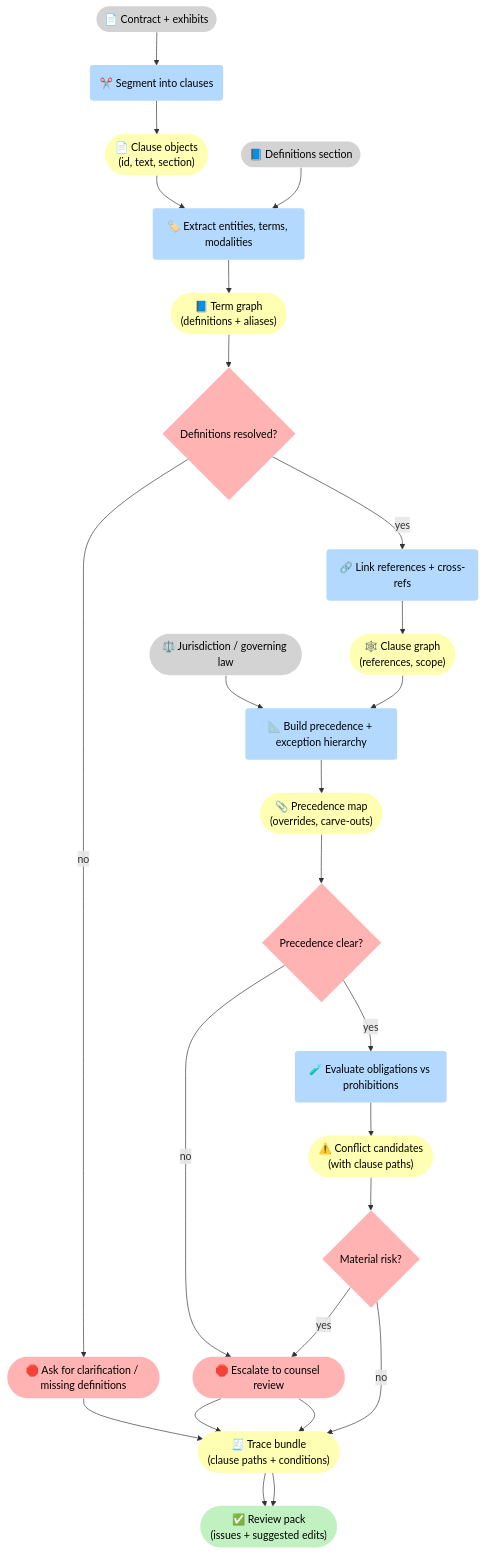
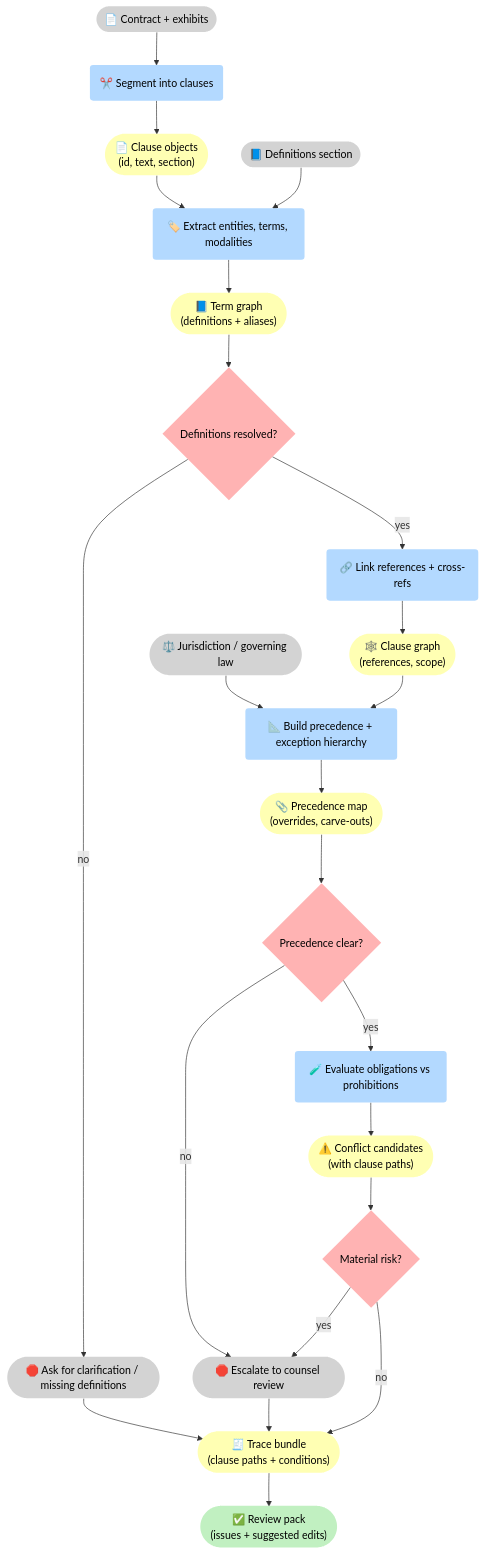
Before and after one commit to 5Reasons/5reasons.github.io: the first of 3 diagrams in docs/case-studies/legal.md, drawn with Mermaid. The commit also changed other lines of this file and 14 other files, not shown here.

First line of the commit message:
Refactor diagrams and improve clarity in blog posts and case studies

````diff
--- a/docs/case-studies/legal.md
+++ b/docs/case-studies/legal.md
@@ -58,49 +58,49 @@
 ```mermaid
 flowchart TB
 %% Styles (brModel Standard)
 classDef i fill:#D3D3D3,stroke-width:0px,color:#000;
 classDef p fill:#B3D9FF,stroke-width:0px,color:#000;
 classDef r fill:#FFFFB3,stroke-width:0px,color:#000;
 classDef o fill:#C1F0C1,stroke-width:0px,color:#000;
 classDef s fill:#FFB3B3,stroke-width:0px,color:#000;
 
 I_Doc(["📄 Contract + exhibits"]):::i
 I_Def(["📘 Definitions section"]):::i
 I_Jur(["⚖️ Jurisdiction / governing law"]):::i
 
 P_Seg("✂️ Segment into clauses"):::p
 R_Cla(["📄 Clause objects<br>(id, text, section)"]):::r
 
 P_Ent("🏷️ Extract entities, terms, modalities"):::p
 R_Terms(["📘 Term graph<br>(definitions + aliases)"]):::r
 G_Def{"Definitions resolved?"}:::s
-S_AskDef(["🛑 Ask for clarification / missing definitions"]):::s
+S_AskDef(["🛑 Ask for clarification / missing definitions"]):::i
 
 P_Link("🔗 Link references + cross-refs"):::p
 R_CG(["🕸️ Clause graph<br>(references, scope)"]):::r
 
 P_Prec("📐 Build precedence + exception hierarchy"):::p
 R_Prec(["📎 Precedence map<br>(overrides, carve-outs)"]):::r
 G_Prec{"Precedence clear?"}:::s
 
 P_Check("🧪 Evaluate obligations vs prohibitions"):::p
 R_Conf(["⚠️ Conflict candidates<br>(with clause paths)"]):::r
 G_Mat{"Material risk?"}:::s
 
 O_Out(["✅ Review pack<br>(issues + suggested edits)"]):::o
-S_Esc(["🛑 Escalate to counsel review"]):::s
+S_Esc(["🛑 Escalate to counsel review"]):::i
 R_Tr(["🧾 Trace bundle<br>(clause paths + conditions)"]):::r
 
 I_Doc --> P_Seg --> R_Cla --> P_Ent --> R_Terms --> G_Def
 I_Def --> P_Ent
 I_Jur --> P_Prec
 
 G_Def -->|"no"| S_AskDef --> R_Tr
 G_Def -->|"yes"| P_Link --> R_CG --> P_Prec --> R_Prec --> G_Prec
 
-G_Prec -->|"no"| S_Esc --> R_Tr
+G_Prec -->|"no"| S_Esc
 G_Prec -->|"yes"| P_Check --> R_Conf --> G_Mat
 
 G_Mat -->|"yes"| S_Esc --> R_Tr --> O_Out
-G_Mat -->|"no"| R_Tr --> O_Out
+G_Mat -->|"no"| R_Tr
 ```
````
